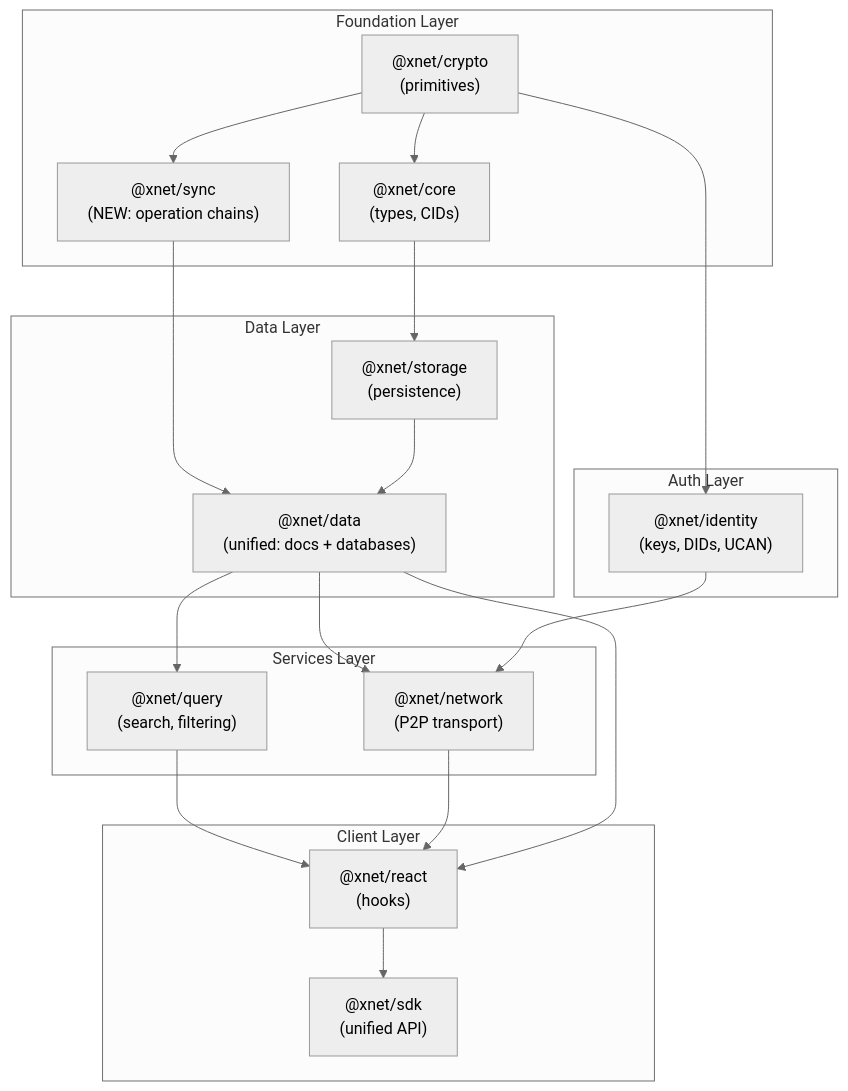
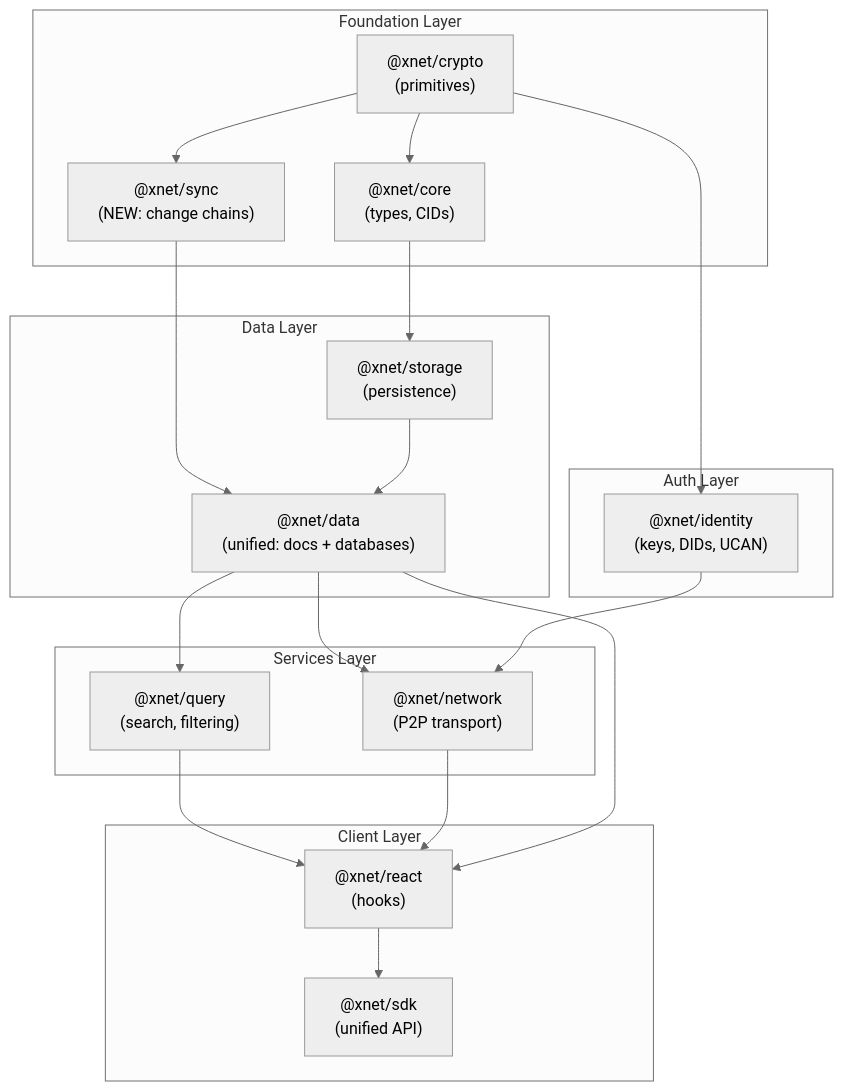
Before and after one commit to crs48/xNet: the seventh of 8 diagrams in docs/CODEBASE_REVIEW.md, drawn with Mermaid (neutral theme). The commit also changed other lines of this file and 5 other files, not shown here.

````diff
--- a/docs/CODEBASE_REVIEW.md
+++ b/docs/CODEBASE_REVIEW.md
@@ -483,41 +483,41 @@
 ```mermaid
 flowchart TD
     subgraph Foundation["Foundation Layer"]
         CRYPTO["@xnet/crypto<br/>(primitives)"]
         CORE["@xnet/core<br/>(types, CIDs)"]
-        SYNC["@xnet/sync<br/>(NEW: operation chains)"]
+        SYNC["@xnet/sync<br/>(NEW: change chains)"]
     end
 
     subgraph Auth["Auth Layer"]
         IDENTITY["@xnet/identity<br/>(keys, DIDs, UCAN)"]
     end
 
     subgraph DataLayer["Data Layer"]
         STORAGE["@xnet/storage<br/>(persistence)"]
         DATA["@xnet/data<br/>(unified: docs + databases)"]
     end
 
     subgraph Services["Services Layer"]
         QUERY["@xnet/query<br/>(search, filtering)"]
         NETWORK["@xnet/network<br/>(P2P transport)"]
     end
 
     subgraph Client["Client Layer"]
         REACT["@xnet/react<br/>(hooks)"]
         SDK["@xnet/sdk<br/>(unified API)"]
     end
 
     CRYPTO --> CORE
     CRYPTO --> SYNC
     CRYPTO --> IDENTITY
     CORE --> STORAGE
     SYNC --> DATA
     STORAGE --> DATA
     DATA --> QUERY
     DATA --> NETWORK
     IDENTITY --> NETWORK
     QUERY --> REACT
     NETWORK --> REACT
     DATA --> REACT
     REACT --> SDK
 ```
````
